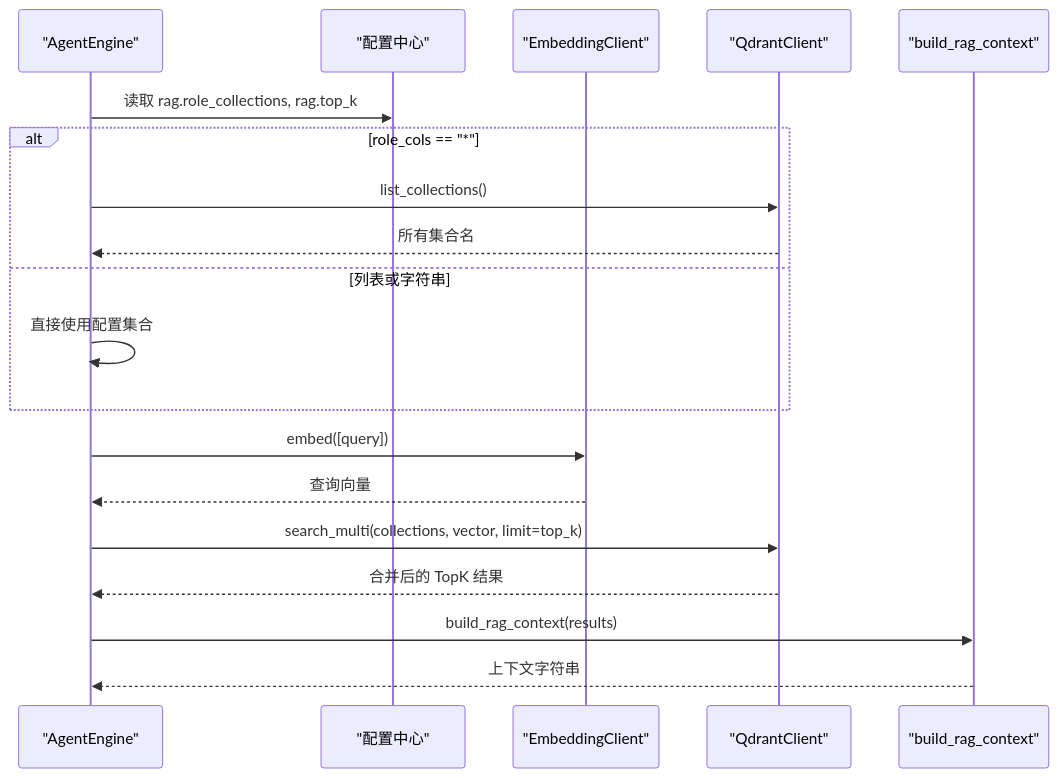
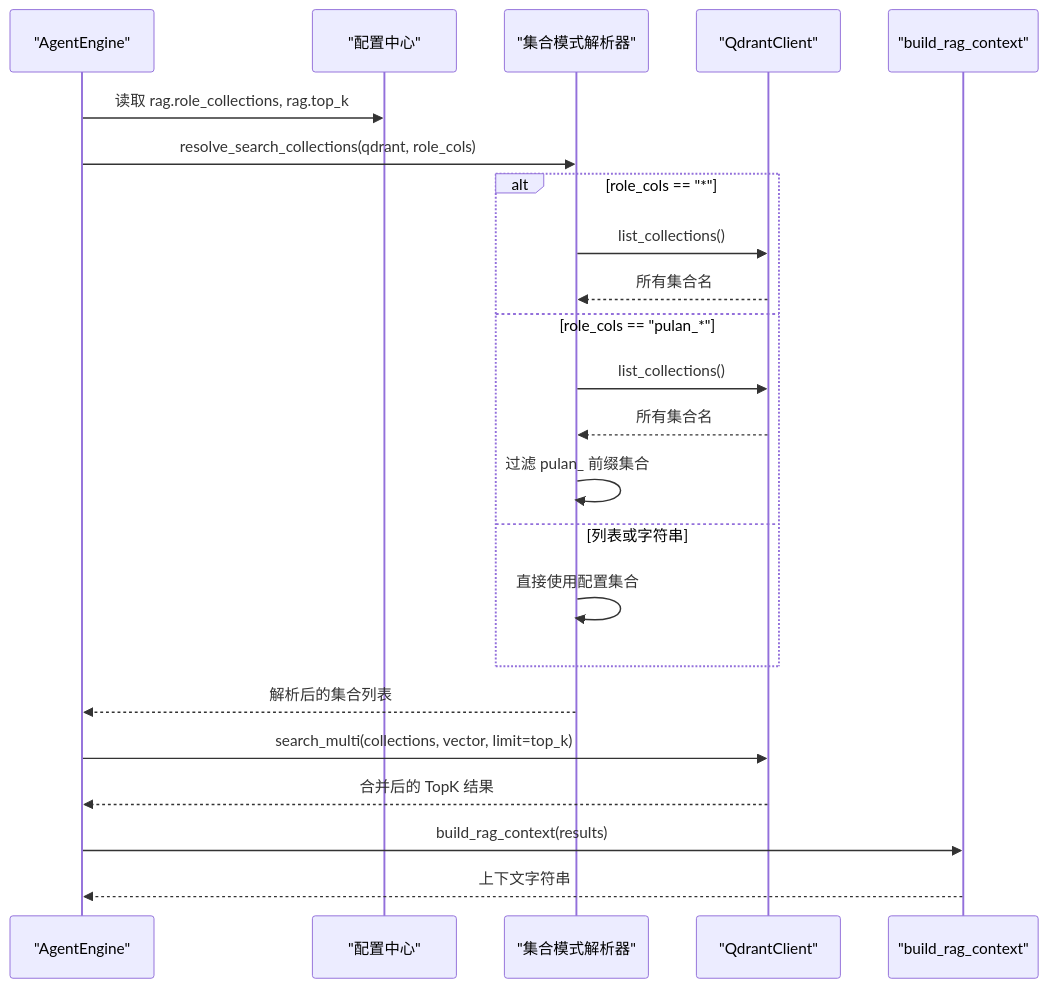
One commit to leo21cn/real-time-talk changed the seventh of 8 diagrams in .qoder/repowiki/zh/content/后端服务/Agent 引擎设计/RAG 检索增强.md. Above: the diagram before and after it, drawn with Mermaid. The commit also changed other lines of this file and 9 other files, not shown here.

````diff
--- a/.qoder/repowiki/zh/content/后端服务/Agent 引擎设计/RAG 检索增强.md
+++ b/.qoder/repowiki/zh/content/后端服务/Agent 引擎设计/RAG 检索增强.md
@@ -238,21 +325,25 @@
 ```mermaid
 sequenceDiagram
 participant Agent as "AgentEngine"
 participant Conf as "配置中心"
-participant Emb as "EmbeddingClient"
+participant Resolver as "集合模式解析器"
 participant Q as "QdrantClient"
 participant Rag as "build_rag_context"
 Agent->>Conf : 读取 rag.role_collections, rag.top_k
+Agent->>Resolver : resolve_search_collections(qdrant, role_cols)
 alt role_cols == "*"
-Agent->>Q : list_collections()
-Q-->>Agent : 所有集合名
+Resolver->>Q : list_collections()
+Q-->>Resolver : 所有集合名
+else role_cols == "pulan_*"
+Resolver->>Q : list_collections()
+Q-->>Resolver : 所有集合名
+Resolver->>Resolver : 过滤 pulan_ 前缀集合
 else 列表或字符串
-Agent->>Agent : 直接使用配置集合
+Resolver->>Resolver : 直接使用配置集合
 end
-Agent->>Emb : embed([query])
-Emb-->>Agent : 查询向量
+Resolver-->>Agent : 解析后的集合列表
 Agent->>Q : search_multi(collections, vector, limit=top_k)
 Q-->>Agent : 合并后的 TopK 结果
 Agent->>Rag : build_rag_context(results)
 Rag-->>Agent : 上下文字符串
 ```
````
